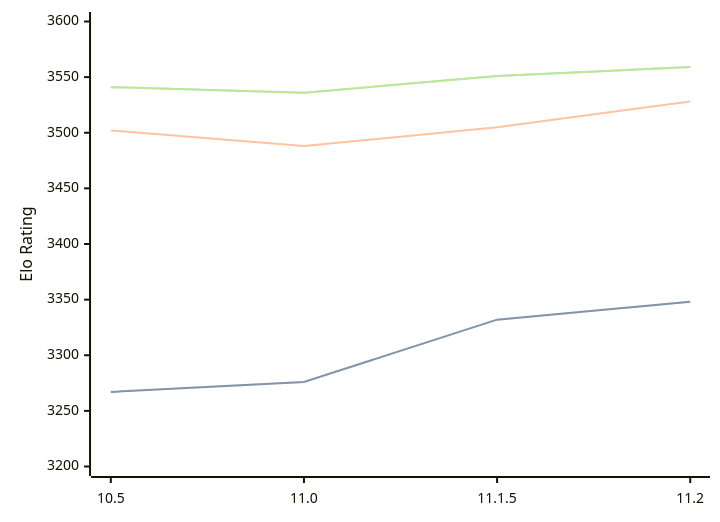
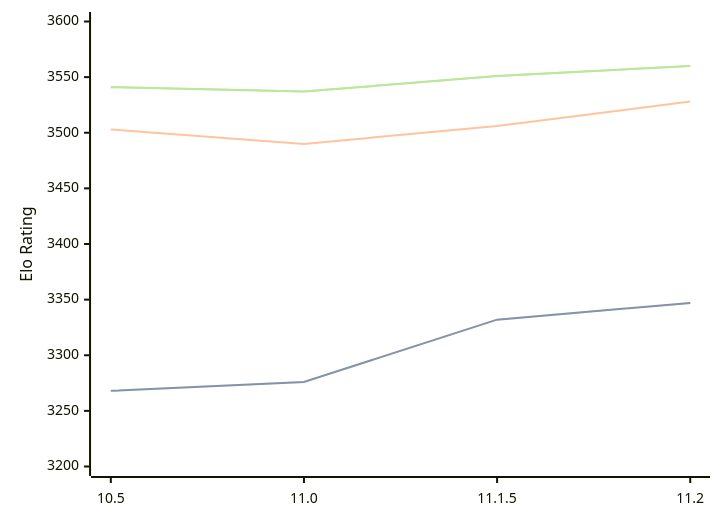
One commit to computer-chess-index/cci changed the diagram in engines/Lizard.md. Above: the diagram before and after it, drawn with Mermaid. The commit also changed other lines of this file, not shown here.

Commit message:
Update CCI Ratings (ELO VLTC) - 2026-05-04

````diff
--- a/engines/Lizard.md
+++ b/engines/Lizard.md
@@ -46,11 +46,11 @@
 ```mermaid
 %%{init: {"theme":"base","themeVariables":{"seriesColors:['#a3a3a3','#222221','#faa371']}}}%%
 xychart-beta
   x-axis ["10.5", "11.0", "11.1.5", "11.2"]
   y-axis "Elo Rating" 3200 --> 3600
-  line "STC (8.0+0.08s)" [3267, 3276, 3332, 3348]
-  line "STC (8.0+0.08s)" [3267, 3276, 3332, 3348]
-  line "LTC (60.0+0.60s)" [3502, 3488, 3505, 3528]
-  line "VLTC (2m24s+1.12s)" [3541, 3536, 3551, 3559]
-  line "VLTC (2m24s+1.12s)" [3541, 3536, 3551, 3559]
+  line "STC (8.0+0.08s)" [3268, 3276, 3332, 3347]
+  line "STC (8.0+0.08s)" [3268, 3276, 3332, 3347]
+  line "LTC (60.0+0.60s)" [3503, 3490, 3506, 3528]
+  line "VLTC (2m24s+1.12s)" [3541, 3537, 3551, 3560]
+  line "VLTC (2m24s+1.12s)" [3541, 3537, 3551, 3560]
 ```
````
